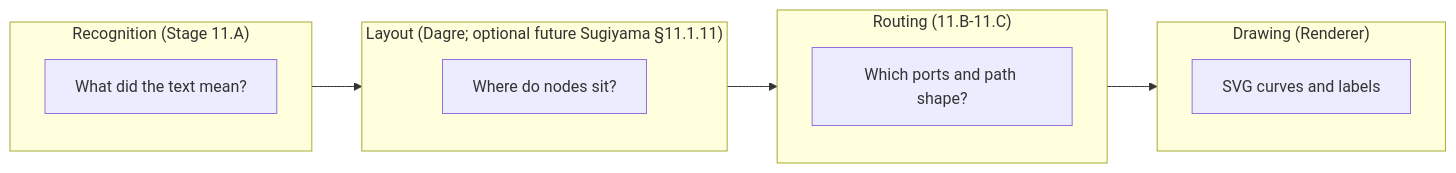
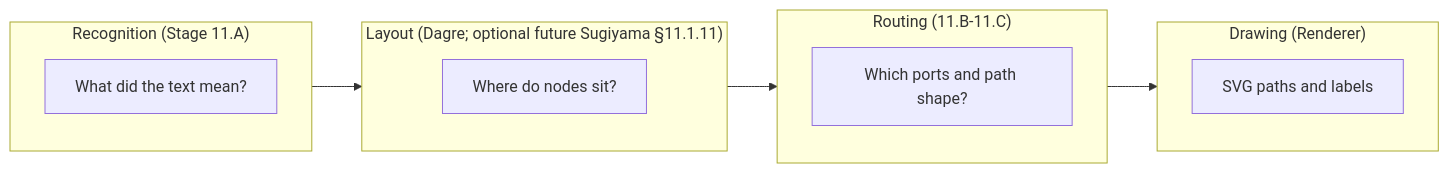
One commit to VaderConsulting/MarkdownToDocX changed diagram 16 of 18 in docs/spec.md. Above: the diagram before and after it, drawn with Mermaid. The commit also changed other lines of this file and 1 other file, not shown here.

````diff
--- a/docs/spec.md
+++ b/docs/spec.md
@@ -2649,17 +2401,17 @@
 ```mermaid
 flowchart LR
   subgraph R["Recognition (Stage 11.A)"]
     R1["What did the text mean?"]
   end
   subgraph L["Layout (Dagre; optional future Sugiyama §11.1.11)"]
     L1["Where do nodes sit?"]
   end
   subgraph RT["Routing (11.B-11.C)"]
     RT1["Which ports and path shape?"]
   end
   subgraph D["Drawing (Renderer)"]
-    D1["SVG curves and labels"]
+    D1["SVG paths and labels"]
   end
 
   R --> L --> RT --> D
 ```
````
